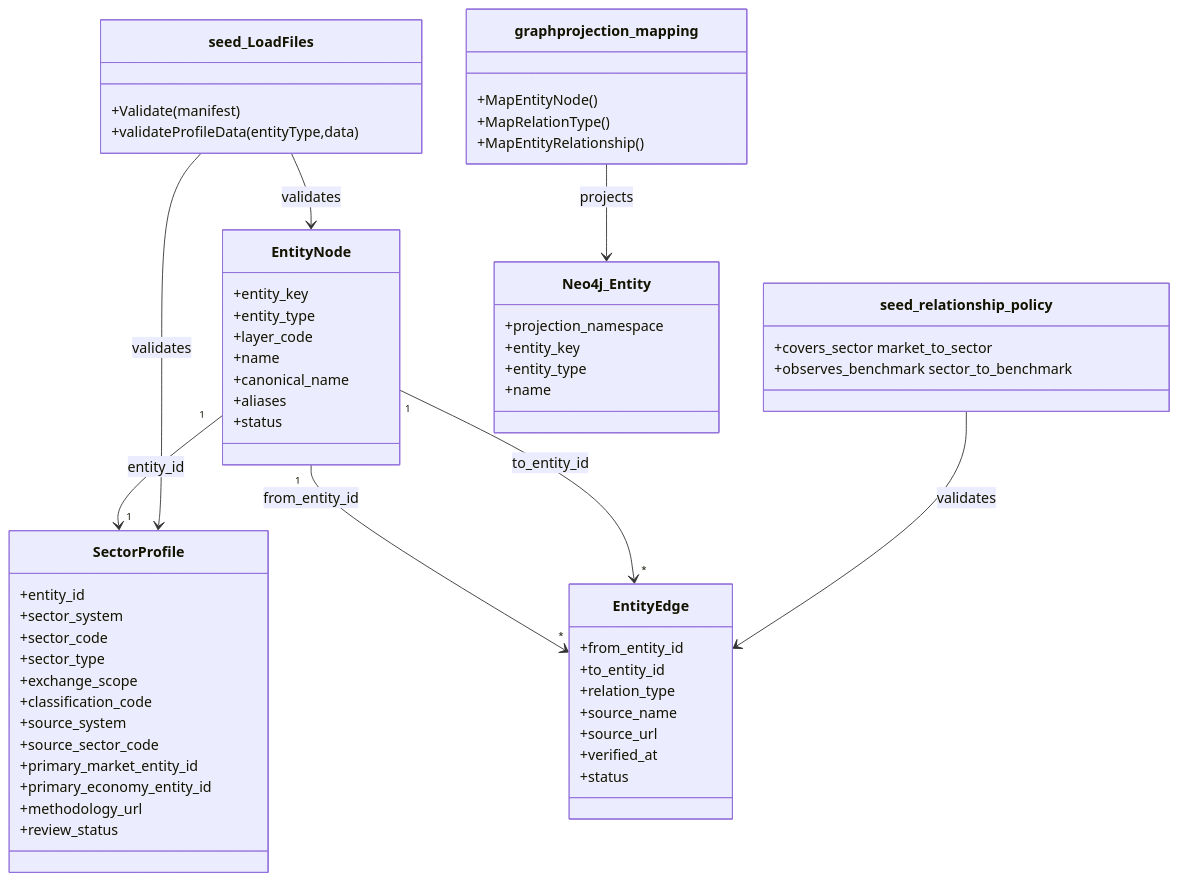
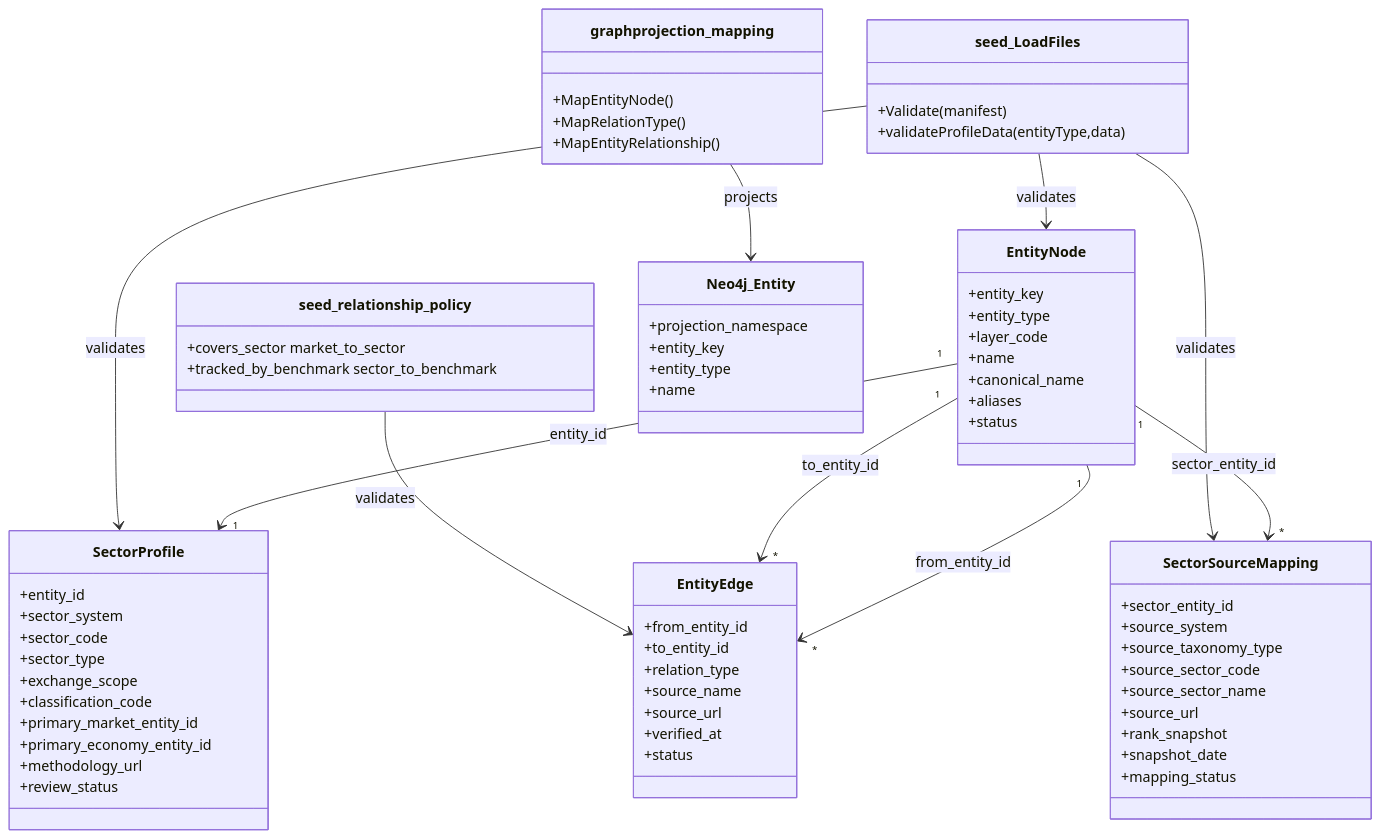
Before and after one commit to meierlink88/tidewise-ai: the second of 2 diagrams in openspec/changes/add-market-sector-foundation/design.md, drawn with Mermaid. The commit also changed other lines of this file and 6 other files, not shown here.

````diff
--- a/openspec/changes/add-market-sector-foundation/design.md
+++ b/openspec/changes/add-market-sector-foundation/design.md
@@ -199,62 +243,73 @@
 ```mermaid
 classDiagram
     class EntityNode {
         +entity_key
         +entity_type
         +layer_code
         +name
         +canonical_name
         +aliases
         +status
     }
     class SectorProfile {
         +entity_id
         +sector_system
         +sector_code
         +sector_type
         +exchange_scope
         +classification_code
-        +source_system
-        +source_sector_code
         +primary_market_entity_id
         +primary_economy_entity_id
         +methodology_url
         +review_status
+    }
+    class SectorSourceMapping {
+        +sector_entity_id
+        +source_system
+        +source_taxonomy_type
+        +source_sector_code
+        +source_sector_name
+        +source_url
+        +rank_snapshot
+        +snapshot_date
+        +mapping_status
     }
     class EntityEdge {
         +from_entity_id
         +to_entity_id
         +relation_type
         +source_name
         +source_url
         +verified_at
         +status
     }
     class seed_LoadFiles {
         +Validate(manifest)
         +validateProfileData(entityType,data)
     }
     class seed_relationship_policy {
         +covers_sector market_to_sector
-        +observes_benchmark sector_to_benchmark
+        +tracked_by_benchmark sector_to_benchmark
     }
     class graphprojection_mapping {
         +MapEntityNode()
         +MapRelationType()
         +MapEntityRelationship()
     }
     class Neo4j_Entity {
         +projection_namespace
         +entity_key
         +entity_type
         +name
     }
 
     EntityNode "1" --> "1" SectorProfile : entity_id
+    EntityNode "1" --> "*" SectorSourceMapping : sector_entity_id
     EntityNode "1" --> "*" EntityEdge : from_entity_id
     EntityNode "1" --> "*" EntityEdge : to_entity_id
     seed_LoadFiles --> EntityNode : validates
     seed_LoadFiles --> SectorProfile : validates
+    seed_LoadFiles --> SectorSourceMapping : validates
     seed_relationship_policy --> EntityEdge : validates
     graphprojection_mapping --> Neo4j_Entity : projects
 ```
````
